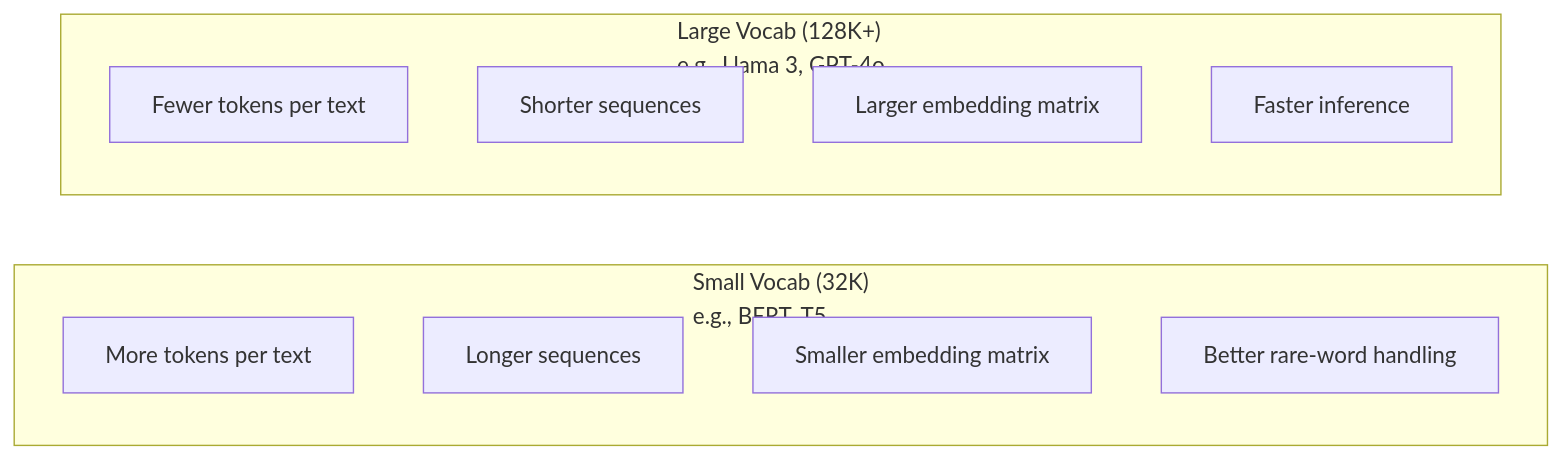
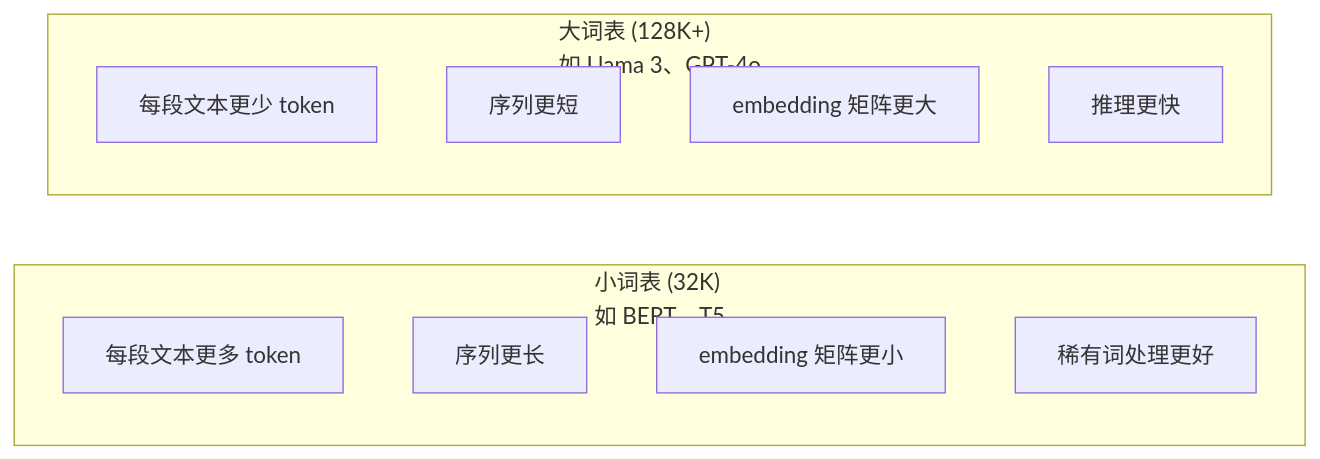
Before and after one commit to alessandrodinisio-ai/ai-engineering-learning-framework: the third of 3 diagrams in phases/10-llms-from-scratch/01-tokenizers/docs/zh.md, drawn with Mermaid. The commit also changed other lines of this file and 120 other files, not shown here.

First line of the commit message:
i18n(mermaid): 337 个 mermaid 图表标签中文化

````diff
--- a/phases/10-llms-from-scratch/01-tokenizers/docs/zh.md
+++ b/phases/10-llms-from-scratch/01-tokenizers/docs/zh.md
@@ -164,15 +164,15 @@
 ```mermaid
 graph LR
-    subgraph Small["Small Vocab (32K)\ne.g., BERT, T5"]
-        S1["More tokens per text"]
-        S2["Longer sequences"]
-        S3["Smaller embedding matrix"]
-        S4["Better rare-word handling"]
+    subgraph Small["小词表 (32K)\n如 BERT、T5"]
+        S1["每段文本更多 token"]
+        S2["序列更长"]
+        S3["embedding 矩阵更小"]
+        S4["稀有词处理更好"]
     end
-    subgraph Large["Large Vocab (128K+)\ne.g., Llama 3, GPT-4o"]
-        L1["Fewer tokens per text"]
-        L2["Shorter sequences"]
-        L3["Larger embedding matrix"]
-        L4["Faster inference"]
+    subgraph Large["大词表 (128K+)\n如 Llama 3、GPT-4o"]
+        L1["每段文本更少 token"]
+        L2["序列更短"]
+        L3["embedding 矩阵更大"]
+        L4["推理更快"]
     end
 ```
````
